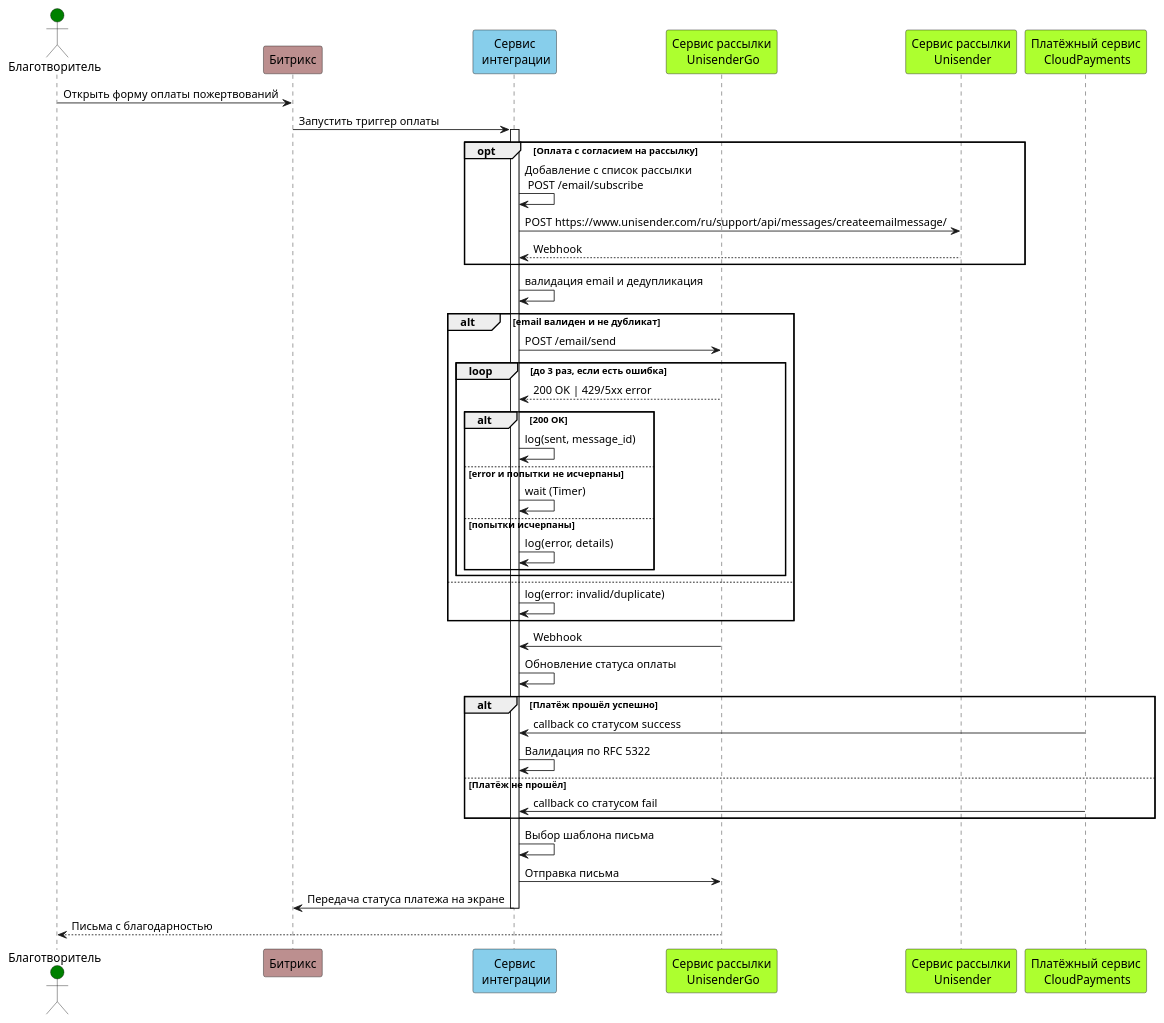
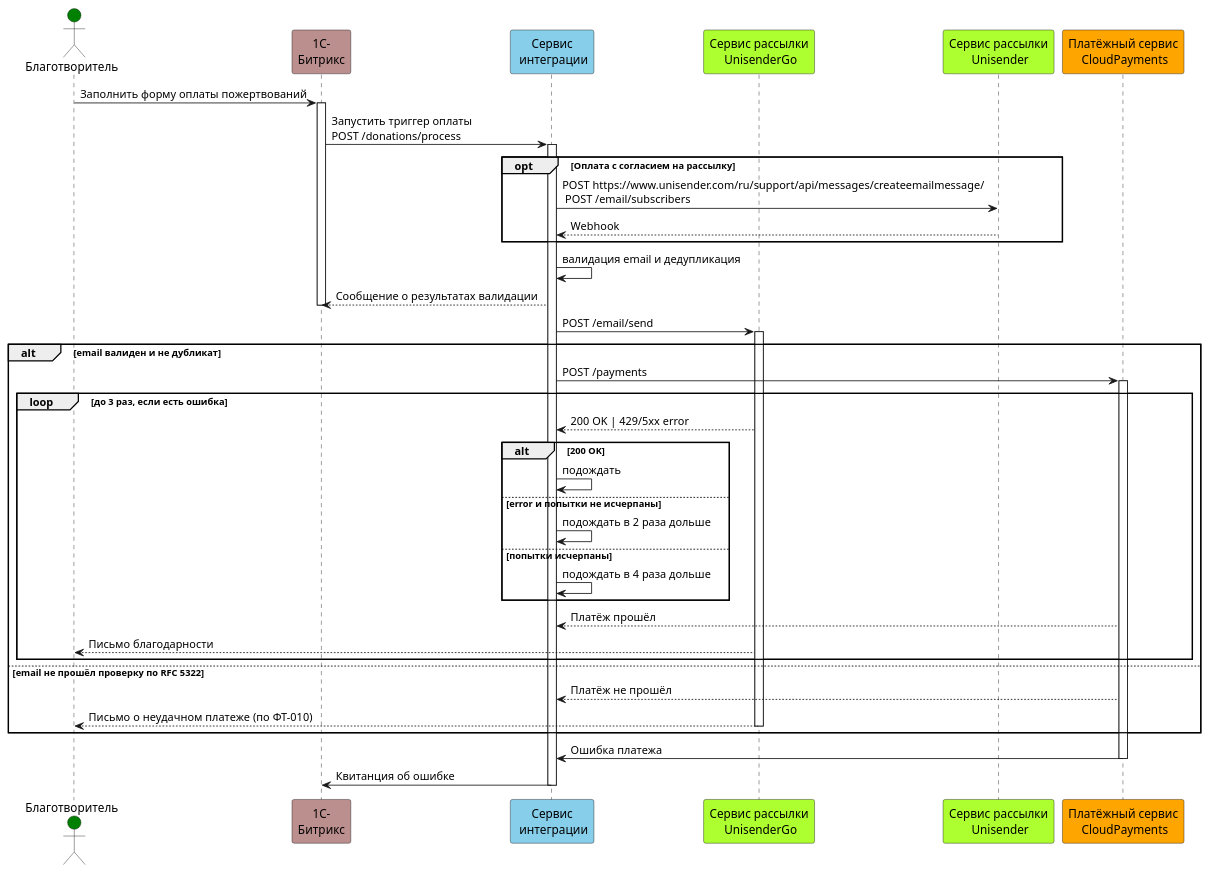
The diagram in SequenceDiagram/sequenceDiagramDonat.puml (trofimovelijah/mayak_integration_service), drawn with PlantUML before and after one commit. The commit also changed 6 other files, not shown here.

```diff
--- a/SequenceDiagram/sequenceDiagramDonat.puml
+++ b/SequenceDiagram/sequenceDiagramDonat.puml
@@ -1,54 +1,52 @@
 @startuml Donation
 
 ' Определение участников диаграммы
 actor "Благотворитель" as Donor #Green
-participant "Битрикс" as Bitrix #RosyBrown
+participant "1С-\nБитрикс" as Bitrix #RosyBrown
 participant "Сервис\n интеграции" as IntService #SkyBlue
 participant "Сервис рассылки\n UnisenderGo" as UnisenderGo #GreenYellow
 participant "Сервис рассылки\n Unisender" as Unisender #GreenYellow
-participant "Платёжный сервис\n CloudPayments" as CloudPayments #GreenYellow
+participant "Платёжный сервис\n CloudPayments" as CloudPayments #Orange
 
 ' Описание последовательности сообщений
-Donor -> Bitrix: Открыть форму оплаты пожертвований
-Bitrix -> IntService: Запустить триггер оплаты
+Donor -> Bitrix: Заполнить форму оплаты пожертвований
+activate Bitrix
+Bitrix -> IntService: Запустить триггер оплаты\nPOST /donations/process
 activate IntService
     opt Оплата с согласием на рассылку
-        IntService -> IntService: Добавление с список рассылки\n POST /email/subscribe
-        IntService -> Unisender: POST https://www.unisender.com/ru/support/api/messages/createemailmessage/
+        IntService -> Unisender: POST https://www.unisender.com/ru/support/api/messages/createemailmessage/\n POST /email/subscribers
         Unisender --> IntService: Webhook
     end
 IntService -> IntService: валидация email и дедупликация
+IntService --> Bitrix: Сообщение о результатах валидации
+deactivate Bitrix
+IntService -> UnisenderGo: POST /email/send
+activate UnisenderGo
+
 alt email валиден и не дубликат
-    IntService -> UnisenderGo: POST /email/send
+IntService -> CloudPayments: POST /payments
+activate CloudPayments
     loop до 3 раз, если есть ошибка
         UnisenderGo --> IntService: 200 OK | 429/5xx error
         alt 200 OK
-            IntService -> IntService: log(sent, message_id)
+            IntService -> IntService: подождать
         else error и попытки не исчерпаны
-            IntService -> IntService: wait (Timer)
+            IntService -> IntService: подождать в 2 раза дольше
         else попытки исчерпаны
-            IntService -> IntService: log(error, details)
+            IntService -> IntService: подождать в 4 раза дольше
         end
+    CloudPayments --> IntService: Платёж прошёл
+    UnisenderGo --> Donor: Письмо благодарности
     end
-else
-    IntService -> IntService: log(error: invalid/duplicate)
+else email не прошёл проверку по RFC 5322
+    CloudPayments --> IntService: Платёж не прошёл
+    UnisenderGo --> Donor: Письмо о неудачном платеже (по ФТ-010)
+    deactivate UnisenderGo
 end
 
-UnisenderGo -> IntService: Webhook
-IntService -> IntService: Обновление статуса оплаты
-
-
-alt Платёж прошёл успешно
-    CloudPayments -> IntService: callback со статусом success
-    IntService -> IntService: Валидация по RFC 5322
-else Платёж не прошёл
-    CloudPayments -> IntService: callback со статусом fail
-end
-
-IntService -> IntService: Выбор шаблона письма
-IntService -> UnisenderGo: Отправка письма
-IntService -> Bitrix: Передача статуса платежа на экране
-deactivate
-UnisenderGo --> Donor: Письма с благодарностью
+CloudPayments -> IntService: Ошибка платежа
+deactivate CloudPayments
+IntService -> Bitrix: Квитанция об ошибке
+deactivate IntService
 
 @enduml
```
